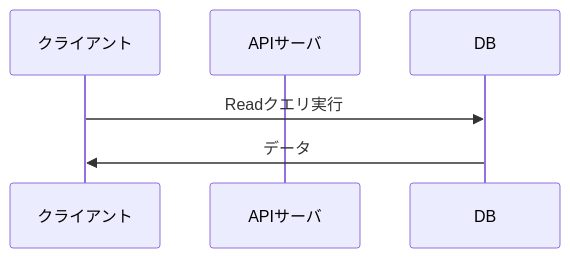
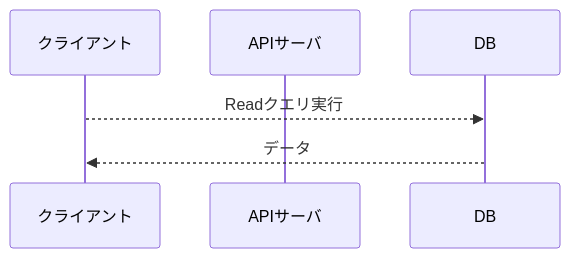
The fourth of 4 diagrams in README.md (shuhei1101/sample-react-app), drawn with Mermaid before and after one commit. The commit also changed other lines of this file and 89 other files, not shown here.

````diff
--- a/README.md
+++ b/README.md
@@ -160,10 +163,10 @@
 ```mermaid
 sequenceDiagram
   participant Client as クライアント
   participant Server as APIサーバ
   participant DB
 
 
-  Client ->> DB: Readクエリ実行
-  DB ->> Client: データ
+  Client -->> DB: Readクエリ実行
+  DB -->> Client: データ
 ```
````
